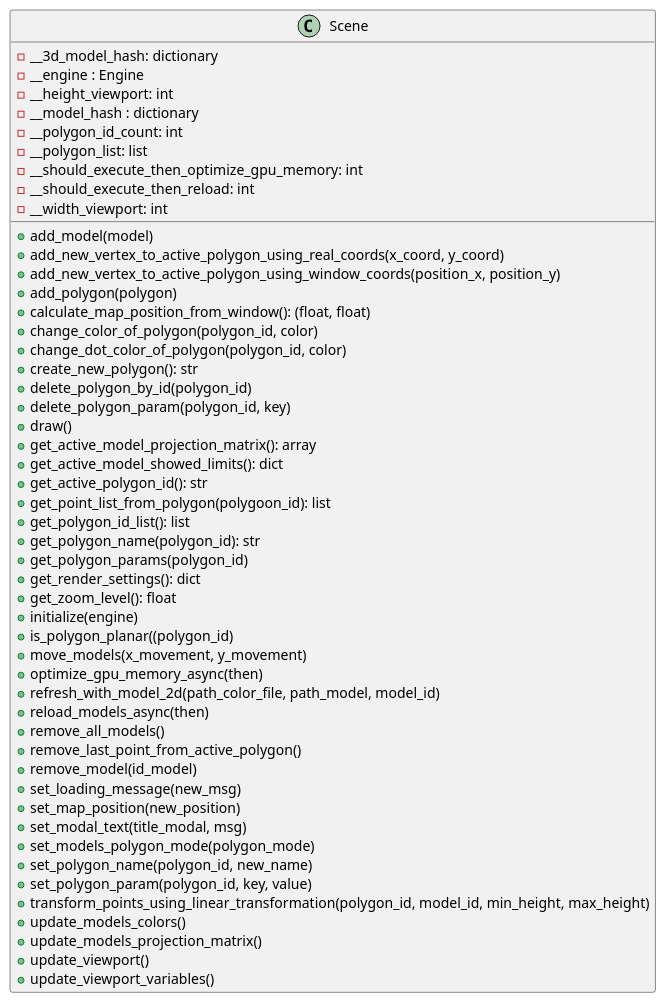
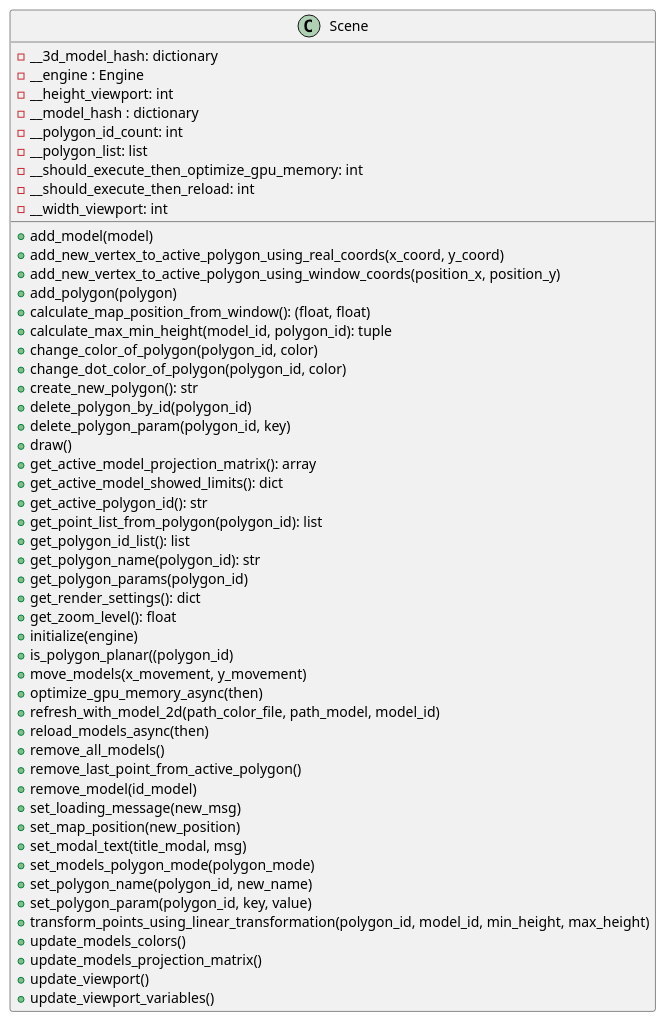
The diagram in docs/classes/Scene.puml (ferpoble2/Relief_Creator), drawn with PlantUML before and after one commit. The commit also changed 8 other files, not shown here.

Commit message:
Implemented logic to calculate the maximum and minimum height values of the points that are inside the polygon

```diff
--- a/docs/classes/Scene.puml
+++ b/docs/classes/Scene.puml
@@ -1,55 +1,56 @@
 @startuml
             class Scene{
                 + add_model(model)
                 + add_new_vertex_to_active_polygon_using_real_coords(x_coord, y_coord)
                 + add_new_vertex_to_active_polygon_using_window_coords(position_x, position_y)
                 + add_polygon(polygon)
                 + calculate_map_position_from_window(): (float, float)
+                + calculate_max_min_height(model_id, polygon_id): tuple
                 + change_color_of_polygon(polygon_id, color)
                 + change_dot_color_of_polygon(polygon_id, color)
                 + create_new_polygon(): str
                 + delete_polygon_by_id(polygon_id)
                 + delete_polygon_param(polygon_id, key)
                 + draw()
                 + get_active_model_projection_matrix(): array
                 + get_active_model_showed_limits(): dict
                 + get_active_polygon_id(): str
-                + get_point_list_from_polygon(polygoon_id): list
+                + get_point_list_from_polygon(polygon_id): list
                 + get_polygon_id_list(): list
                 + get_polygon_name(polygon_id): str
                 + get_polygon_params(polygon_id)
                 + get_render_settings(): dict
                 + get_zoom_level(): float
                 + initialize(engine)
                 + is_polygon_planar((polygon_id)
                 + move_models(x_movement, y_movement)
                 + optimize_gpu_memory_async(then)
                 + refresh_with_model_2d(path_color_file, path_model, model_id)
                 + reload_models_async(then)
                 + remove_all_models()
                 + remove_last_point_from_active_polygon()
                 + remove_model(id_model)
                 + set_loading_message(new_msg)
                 + set_map_position(new_position)
                 + set_modal_text(title_modal, msg)
                 + set_models_polygon_mode(polygon_mode)
                 + set_polygon_name(polygon_id, new_name)
                 + set_polygon_param(polygon_id, key, value)
                 + transform_points_using_linear_transformation(polygon_id, model_id, min_height, max_height)
                 + update_models_colors()
                 + update_models_projection_matrix()
                 + update_viewport()
                 + update_viewport_variables()
 
                 - __3d_model_hash: dictionary
                 - __engine : Engine
                 - __height_viewport: int
                 - __model_hash : dictionary
                 - __polygon_id_count: int
                 - __polygon_list: list
                 - __should_execute_then_optimize_gpu_memory: int
                 - __should_execute_then_reload: int
                 - __width_viewport: int
             }
 
 @enduml
```
